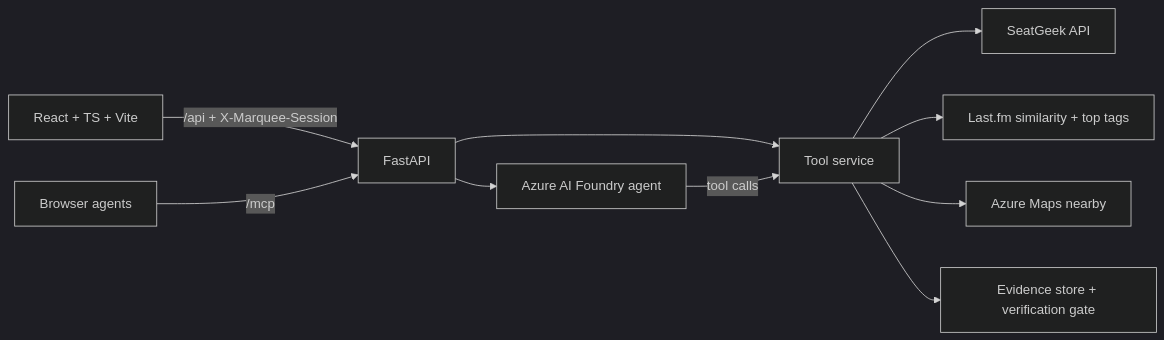
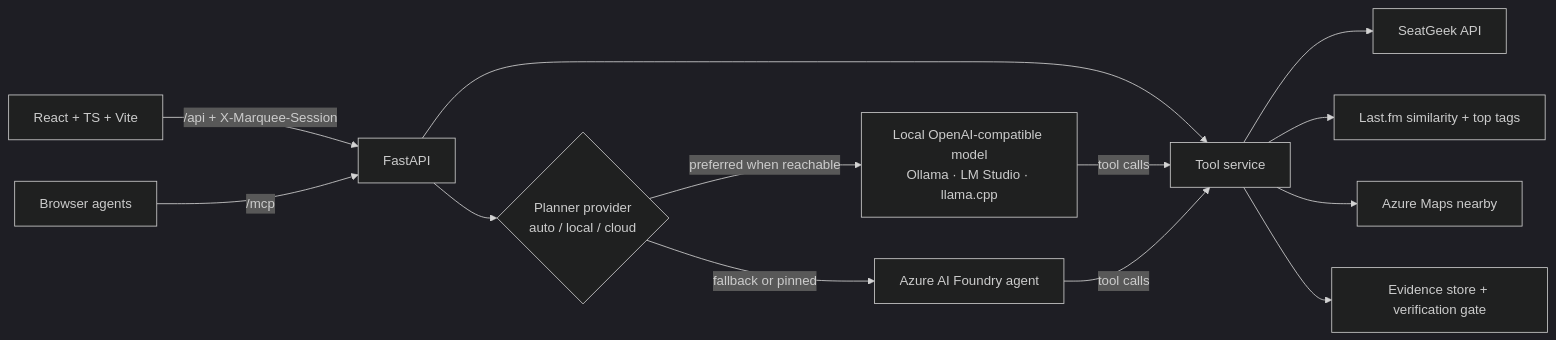
Before and after one commit to JustLikeFrank3/marquee-fanx: the diagram in README.md, drawn with Mermaid (dark theme). The commit also changed other lines of this file and 2 other files, not shown here.

Commit message:
Make the card's SeatGeek arrow a real link (and hide it when no URL exists); document local-model setup in the README and architecture diagram

````diff
--- a/README.md
+++ b/README.md
@@ -29,12 +30,15 @@
 ```mermaid
 flowchart LR
     B[React + TS + Vite] -->|/api + X-Marquee-Session| S[FastAPI]
     A[Browser agents] -->|/mcp| S
     S --> T[Tool service]
     T --> SG[SeatGeek API]
     T --> LF[Last.fm similarity + top tags]
     T --> AM[Azure Maps nearby]
     T --> G[Evidence store + verification gate]
-    S --> F[Azure AI Foundry agent]
+    S --> P{Planner provider<br/>auto / local / cloud}
+    P -->|preferred when reachable| L[Local OpenAI-compatible model<br/>Ollama · LM Studio · llama.cpp]
+    P -->|fallback or pinned| F[Azure AI Foundry agent]
+    L -->|tool calls| T
     F -->|tool calls| T
 ```
````
